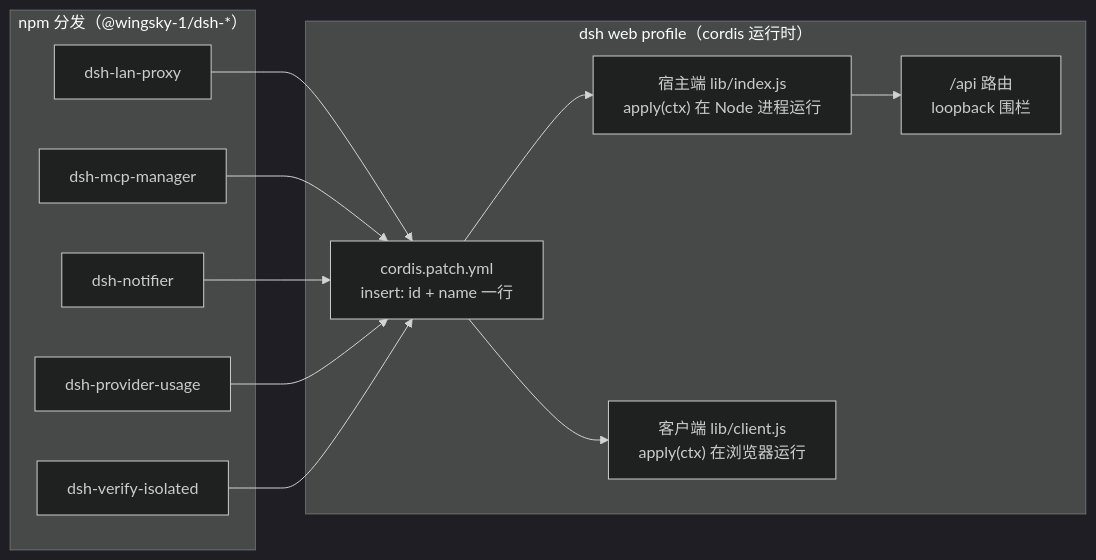
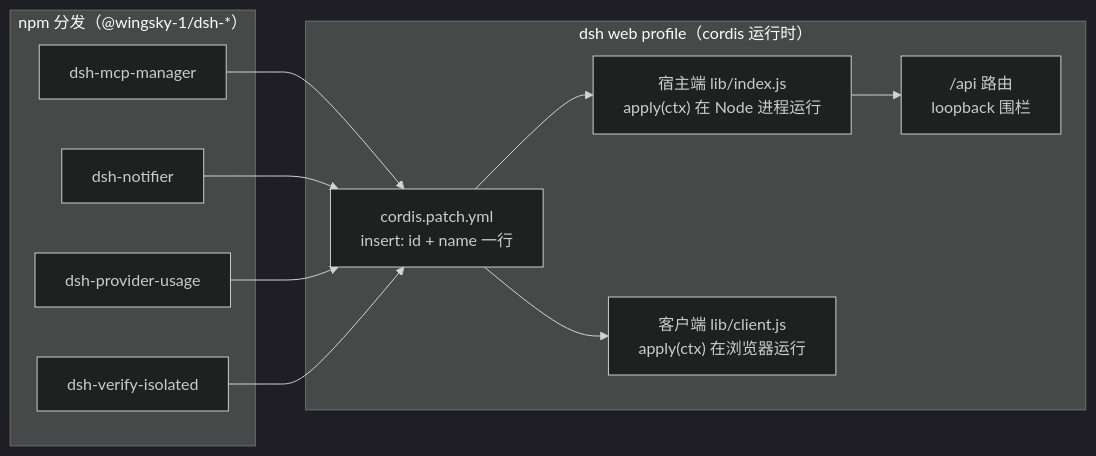
One commit to wingsky-1/dsh-plugin-hub changed the diagram in docs/architecture/README.md. Above: the diagram before and after it, drawn with Mermaid (dark theme). The commit also changed other lines of this file and 286 other files, not shown here.

````diff
--- a/docs/architecture/README.md
+++ b/docs/architecture/README.md
@@ -32,26 +31,24 @@
 ```mermaid
 flowchart LR
     subgraph npm["npm 分发（@wingsky-1/dsh-*）"]
-        P1["dsh-lan-proxy"]
-        P2["dsh-mcp-manager"]
-        P3["dsh-notifier"]
-        P4["dsh-provider-usage"]
-        P5["dsh-verify-isolated"]
+        P1["dsh-mcp-manager"]
+        P2["dsh-notifier"]
+        P3["dsh-provider-usage"]
+        P4["dsh-verify-isolated"]
     end
 
     subgraph profile["dsh web profile（cordis 运行时）"]
         CORDIS["cordis.patch.yml<br/>insert: id + name 一行"]
         HOST["宿主端 lib/index.js<br/>apply(ctx) 在 Node 进程运行"]
         CLIENT["客户端 lib/client.js<br/>apply(ctx) 在浏览器运行"]
         ROUTES["/api 路由<br/>loopback 围栏"]
         CORDIS --> HOST
         CORDIS --> CLIENT
         HOST --> ROUTES
     end
 
     P1 --> CORDIS
     P2 --> CORDIS
     P3 --> CORDIS
     P4 --> CORDIS
-    P5 --> CORDIS
 ```
````
